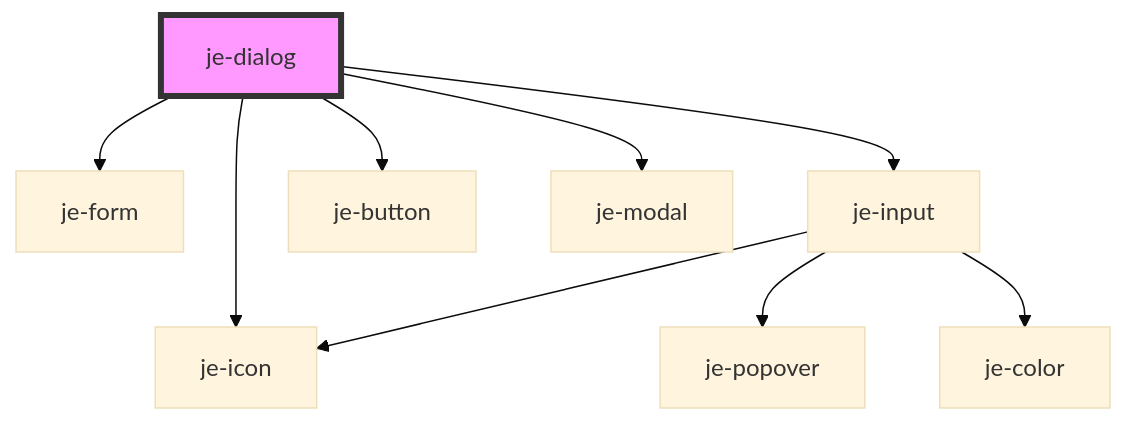
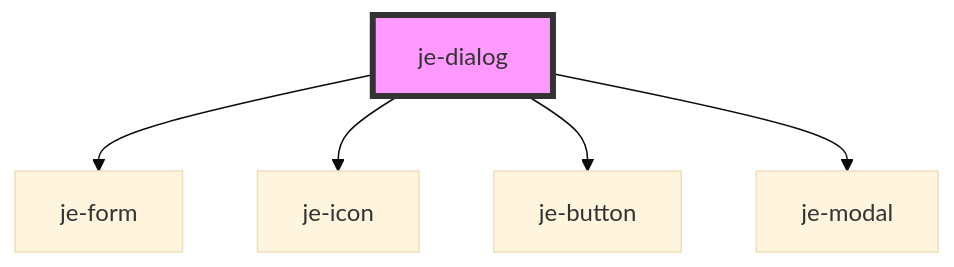
One commit to pgreen00/jebamo changed the diagram in packages/docs/docs/components/je-dialog/readme.md. Above: the diagram before and after it, drawn with Mermaid (base theme). The commit also changed other lines of this file and 49 other files, not shown here.

````diff
--- a/packages/docs/docs/components/je-dialog/readme.md
+++ b/packages/docs/docs/components/je-dialog/readme.md
@@ -72,12 +71,8 @@
 ```mermaid
 graph TD;
   je-dialog --> je-form
   je-dialog --> je-icon
-  je-dialog --> je-input
   je-dialog --> je-button
   je-dialog --> je-modal
-  je-input --> je-icon
-  je-input --> je-popover
-  je-input --> je-color
   style je-dialog fill:#f9f,stroke:#333,stroke-width:4px
 ```
````
